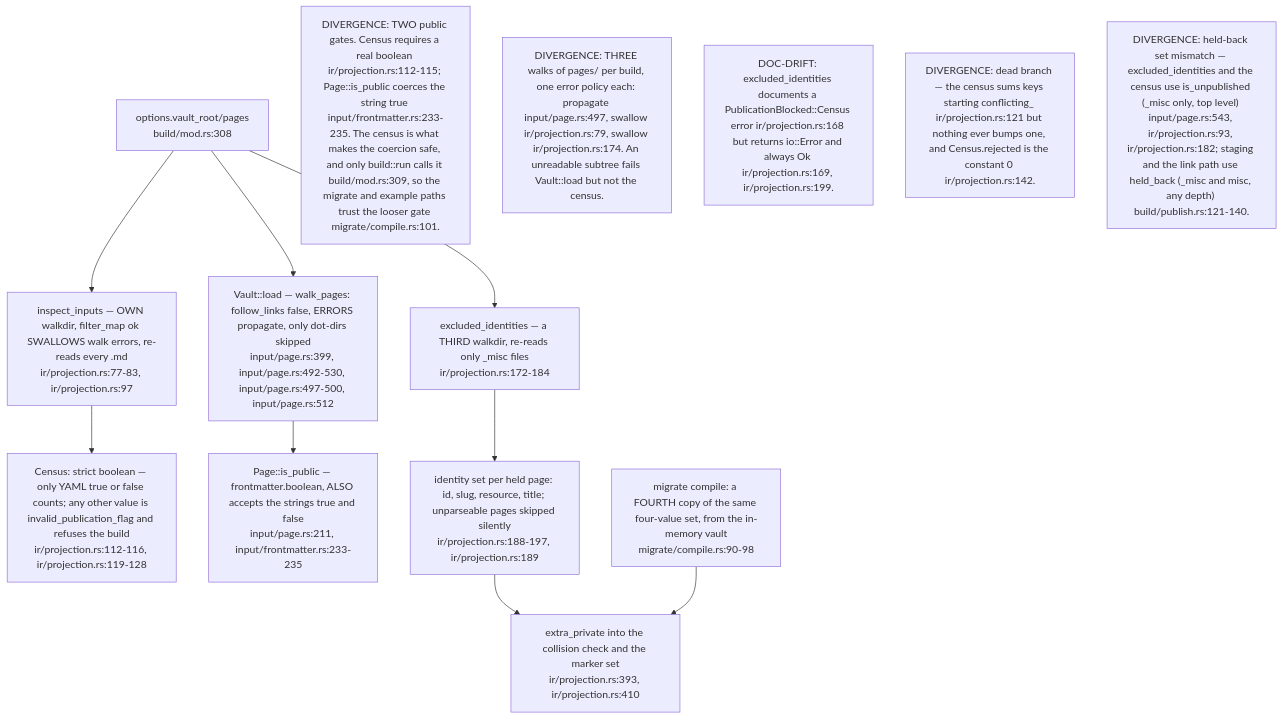
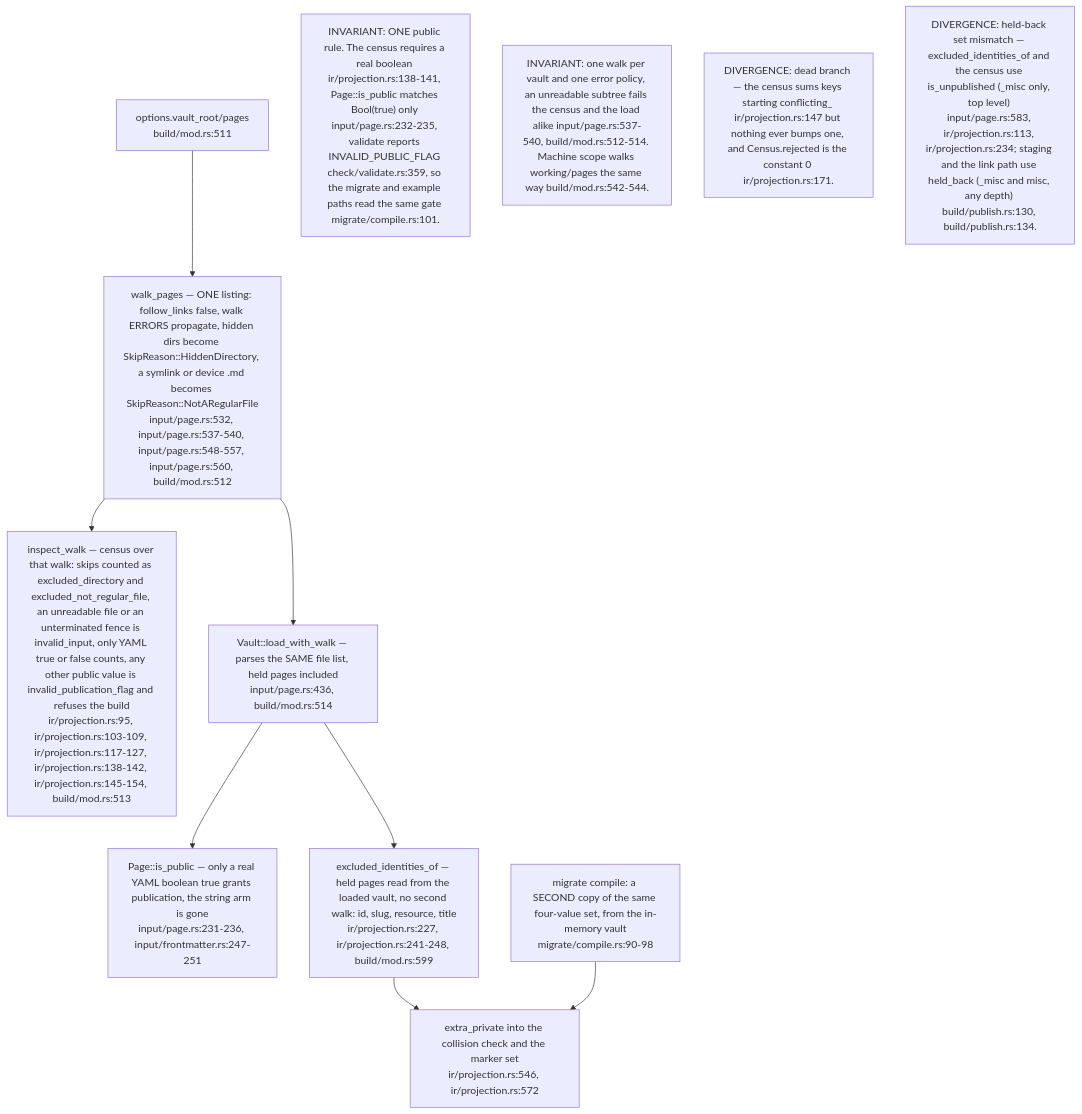
The fifth of 6 diagrams in docs/diagrams/ontomark/02-ir-corpus-projection-and-redaction.md (DreamLab-AI/VisionFlow), drawn with Mermaid before and after one commit. The commit also changed other lines of this file and 10 other files, not shown here.

First line of the commit message:
docs(diagrams): re-stamp the ontomark corpus at ee9e04a; OM-06 machine scope and ingest contract

````diff
--- a/docs/diagrams/ontomark/02-ir-corpus-projection-and-redaction.md
+++ b/docs/diagrams/ontomark/02-ir-corpus-projection-and-redaction.md
@@ -178,22 +180,20 @@
 ```mermaid
 flowchart TD
-    DIR["options.vault_root/pages<br/>build/mod.rs:308"]
-    W1["Vault::load — walk_pages: follow_links false, ERRORS propagate, only dot-dirs skipped<br/>input/page.rs:399, input/page.rs:492-530, input/page.rs:497-500, input/page.rs:512"]
-    W2["inspect_inputs — OWN walkdir, filter_map ok SWALLOWS walk errors, re-reads every .md<br/>ir/projection.rs:77-83, ir/projection.rs:97"]
-    W3["excluded_identities — a THIRD walkdir, re-reads only _misc files<br/>ir/projection.rs:172-184"]
-    CEN["Census: strict boolean — only YAML true or false counts; any other value is invalid_publication_flag and refuses the build<br/>ir/projection.rs:112-116, ir/projection.rs:119-128"]
-    LOAD["Page::is_public — frontmatter.boolean, ALSO accepts the strings true and false<br/>input/page.rs:211, input/frontmatter.rs:233-235"]
-    EXC["identity set per held page: id, slug, resource, title; unparseable pages skipped silently<br/>ir/projection.rs:188-197, ir/projection.rs:189"]
-    MIG["migrate compile: a FOURTH copy of the same four-value set, from the in-memory vault<br/>migrate/compile.rs:90-98"]
-    USE["extra_private into the collision check and the marker set<br/>ir/projection.rs:393, ir/projection.rs:410"]
+    DIR["options.vault_root/pages<br/>build/mod.rs:511"]
+    W1["walk_pages — ONE listing: follow_links false, walk ERRORS propagate, hidden dirs become SkipReason::HiddenDirectory, a symlink or device .md becomes SkipReason::NotARegularFile<br/>input/page.rs:532, input/page.rs:537-540, input/page.rs:548-557, input/page.rs:560, build/mod.rs:512"]
+    CEN["inspect_walk — census over that walk: skips counted as excluded_directory and excluded_not_regular_file, an unreadable file or an unterminated fence is invalid_input, only YAML true or false counts, any other public value is invalid_publication_flag and refuses the build<br/>ir/projection.rs:95, ir/projection.rs:103-109, ir/projection.rs:117-127, ir/projection.rs:138-142, ir/projection.rs:145-154, build/mod.rs:513"]
+    LOAD["Vault::load_with_walk — parses the SAME file list, held pages included<br/>input/page.rs:436, build/mod.rs:514"]
+    PUB["Page::is_public — only a real YAML boolean true grants publication, the string arm is gone<br/>input/page.rs:231-236, input/frontmatter.rs:247-251"]
+    EXC["excluded_identities_of — held pages read from the loaded vault, no second walk: id, slug, resource, title<br/>ir/projection.rs:227, ir/projection.rs:241-248, build/mod.rs:599"]
+    MIG["migrate compile: a SECOND copy of the same four-value set, from the in-memory vault<br/>migrate/compile.rs:90-98"]
+    USE["extra_private into the collision check and the marker set<br/>ir/projection.rs:546, ir/projection.rs:572"]
     DIR --> W1
-    DIR --> W2 --> CEN
-    DIR --> W3 --> EXC --> USE
-    W1 --> LOAD
+    W1 --> CEN
+    W1 --> LOAD --> PUB
+    LOAD --> EXC --> USE
     MIG --> USE
-    n1["DIVERGENCE: TWO public gates. Census requires a real boolean ir/projection.rs:112-115; Page::is_public coerces the string true input/frontmatter.rs:233-235. The census is what makes the coercion safe, and only build::run calls it build/mod.rs:309, so the migrate and example paths trust the looser gate migrate/compile.rs:101."]
-    n2["DIVERGENCE: THREE walks of pages/ per build, one error policy each: propagate input/page.rs:497, swallow ir/projection.rs:79, swallow ir/projection.rs:174. An unreadable subtree fails Vault::load but not the census."]
-    n3["DOC-DRIFT: excluded_identities documents a PublicationBlocked::Census error ir/projection.rs:168 but returns io::Error and always Ok ir/projection.rs:169, ir/projection.rs:199."]
-    n4["DIVERGENCE: dead branch — the census sums keys starting conflicting_ ir/projection.rs:121 but nothing ever bumps one, and Census.rejected is the constant 0 ir/projection.rs:142."]
-    n5["DIVERGENCE: held-back set mismatch — excluded_identities and the census use is_unpublished (_misc only, top level) input/page.rs:543, ir/projection.rs:93, ir/projection.rs:182; staging and the link path use held_back (_misc and misc, any depth) build/publish.rs:121-140."]
+    n1["INVARIANT: ONE public rule. The census requires a real boolean ir/projection.rs:138-141, Page::is_public matches Bool(true) only input/page.rs:232-235, validate reports INVALID_PUBLIC_FLAG check/validate.rs:359, so the migrate and example paths read the same gate migrate/compile.rs:101."]
+    n2["INVARIANT: one walk per vault and one error policy, an unreadable subtree fails the census and the load alike input/page.rs:537-540, build/mod.rs:512-514. Machine scope walks working/pages the same way build/mod.rs:542-544."]
+    n4["DIVERGENCE: dead branch — the census sums keys starting conflicting_ ir/projection.rs:147 but nothing ever bumps one, and Census.rejected is the constant 0 ir/projection.rs:171."]
+    n5["DIVERGENCE: held-back set mismatch — excluded_identities_of and the census use is_unpublished (_misc only, top level) input/page.rs:583, ir/projection.rs:113, ir/projection.rs:234; staging and the link path use held_back (_misc and misc, any depth) build/publish.rs:130, build/publish.rs:134."]
 ```
````
